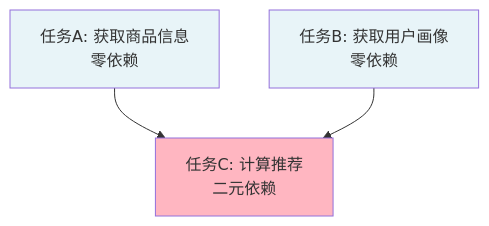
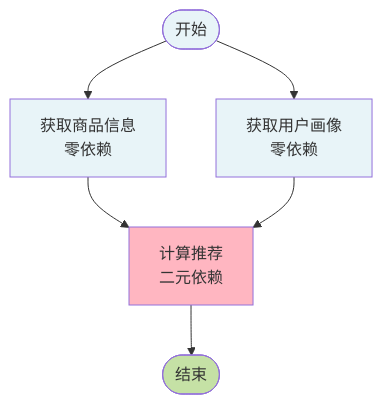
Diagram 13 of 22 in 1-知识点/1-线程安全/异步编程/1-CompletableFuture.md (vanchan5/dolphinscheduler), drawn with Mermaid before and after one commit. The commit also changed other lines of this file and 1 other file, not shown here.

````diff
--- a/1-知识点/1-线程安全/异步编程/1-CompletableFuture.md
+++ b/1-知识点/1-线程安全/异步编程/1-CompletableFuture.md
@@ -853,12 +826,16 @@
 ```mermaid
-graph TD
-    A[任务A: 获取商品信息<br/>零依赖] 
-    B[任务B: 获取用户画像<br/>零依赖]
+flowchart TD
+    Start([开始]) --> T1[获取商品信息<br/>零依赖]
+    Start --> T2[获取用户画像<br/>零依赖]
     
-    A --> C[任务C: 计算推荐<br/>二元依赖]
-    B --> C
+    T1 --> T3[计算推荐<br/>二元依赖]
+    T2 --> T3
     
-    style A fill:#E8F4F8
-    style B fill:#E8F4F8
-    style C fill:#FFB6C1
+    T3 --> End([结束])
+    
+    style Start fill:#E8F4F8
+    style T1 fill:#E8F4F8
+    style T2 fill:#E8F4F8
+    style T3 fill:#FFB6C1
+    style End fill:#C5E1A5
 ```
````
